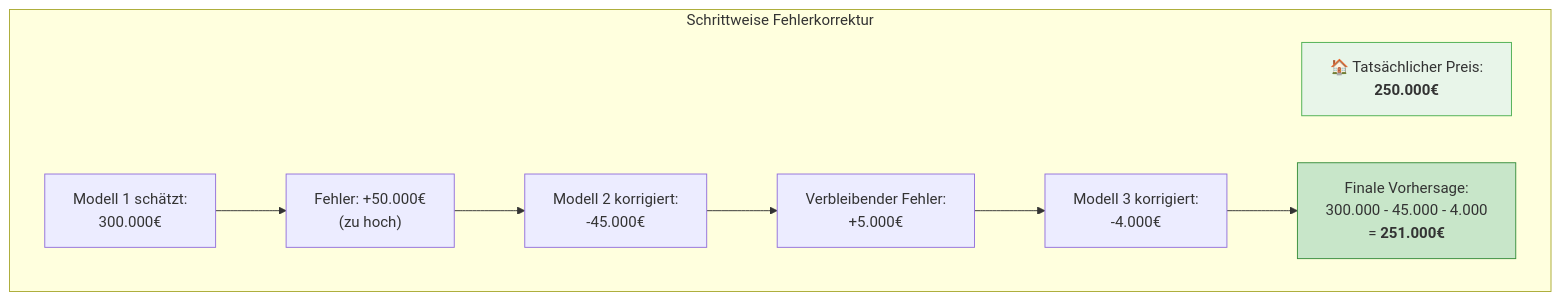
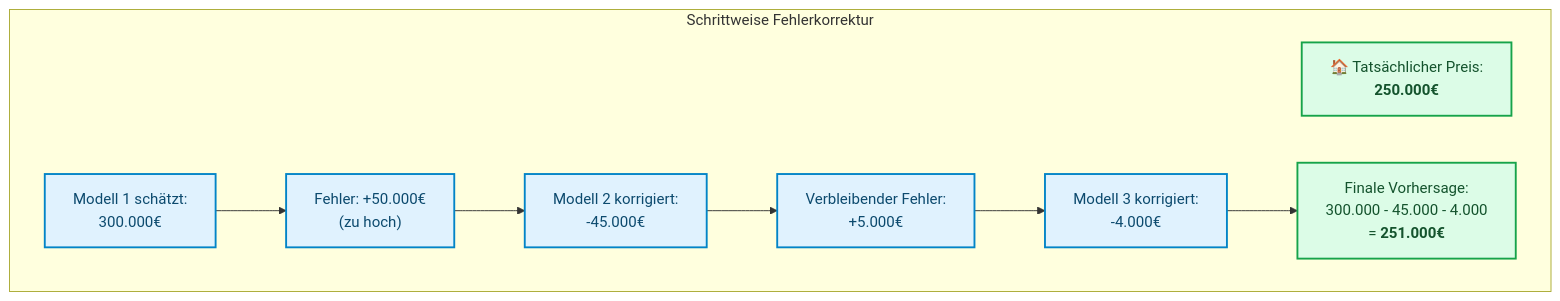
One commit to ralf-42/ML_Intro changed the second of 5 diagrams in docs/concepts/modeling/xgboost.md. Above: the diagram before and after it, drawn with Mermaid. The commit also changed other lines of this file and 67 other files, not shown here.

````diff
--- a/docs/concepts/modeling/xgboost.md
+++ b/docs/concepts/modeling/xgboost.md
@@ -64,21 +66,22 @@
 ```mermaid
 flowchart TD
     subgraph Beispiel["Schrittweise Fehlerkorrektur"]
         REAL["🏠 Tatsächlicher Preis:<br><b>250.000€</b>"]
         
         M1["Modell 1 schätzt:<br>300.000€"]
         E1["Fehler: +50.000€<br>(zu hoch)"]
         
         M2["Modell 2 korrigiert:<br>-45.000€"]
         E2["Verbleibender Fehler:<br>+5.000€"]
         
         M3["Modell 3 korrigiert:<br>-4.000€"]
         
         PRED["Finale Vorhersage:<br>300.000 - 45.000 - 4.000<br>= <b>251.000€</b>"]
     end
     
     M1 --> E1 --> M2 --> E2 --> M3 --> PRED
-    
-    style REAL fill:#e8f5e9,stroke:#4caf50
-    style PRED fill:#c8e6c9,stroke:#388e3c
+
+    classDef default fill:#e0f2fe,stroke:#0284c7,stroke-width:2px,color:#0c4a6e;
+    classDef output fill:#dcfce7,stroke:#16a34a,stroke-width:2px,color:#14532d;
+    class REAL,PRED output;
 ```
````
